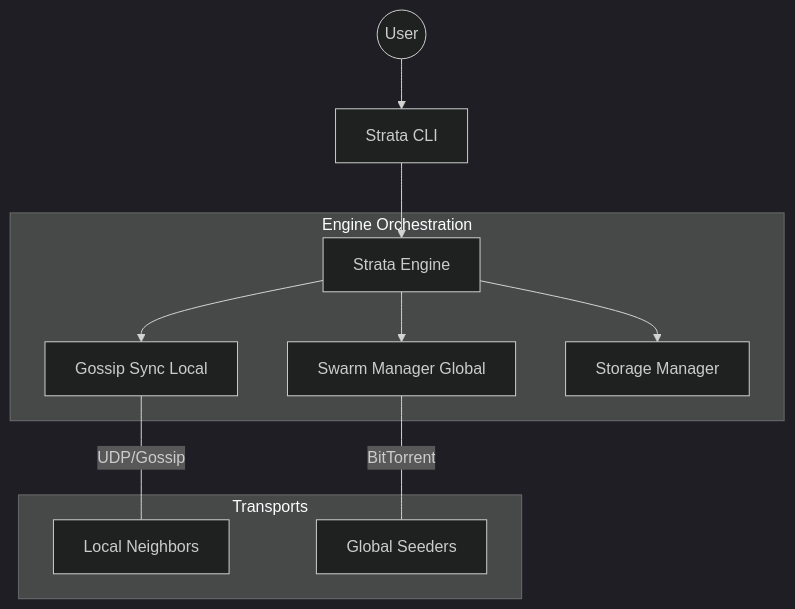
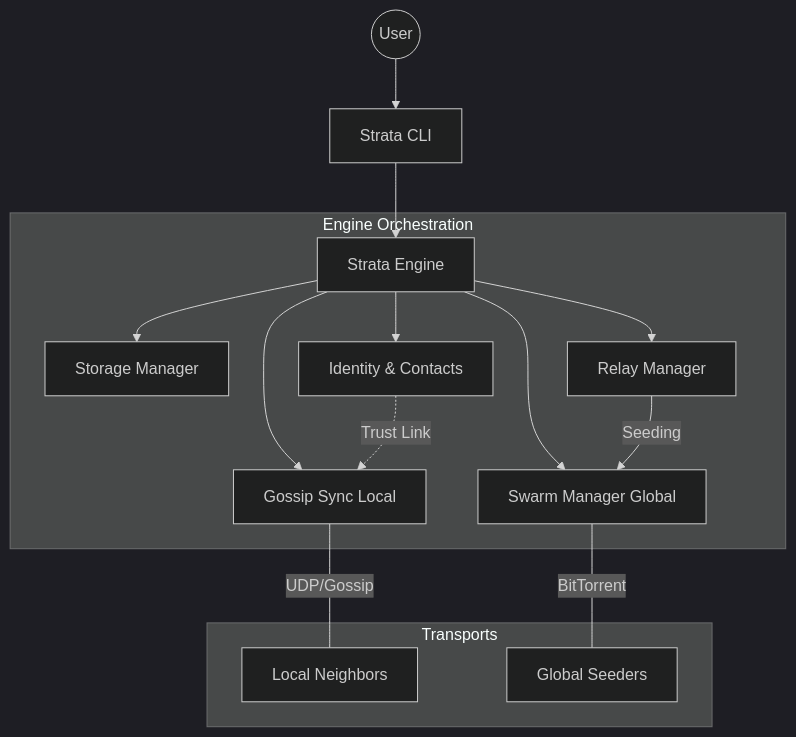
One commit to cacrespo/handshake changed the diagram in README.md. Above: the diagram before and after it, drawn with Mermaid (dark theme).

Commit message:
docs: update architecture diagram with relays and identity

````diff
--- a/README.md
+++ b/README.md
@@ -30,16 +30,21 @@
 ```mermaid
 graph TD
     User((User)) --> CLI[Strata CLI]
     CLI --> Engine[Strata Engine]
     
     subgraph "Engine Orchestration"
         Engine --> Sync[Gossip Sync Local]
         Engine --> Swarm[Swarm Manager Global]
         Engine --> Storage[Storage Manager]
+        Engine --> Identity[Identity & Contacts]
+        Engine --> Relay[Relay Manager]
     end
     
     subgraph "Transports"
         Sync ---|UDP/Gossip| LocalPeers[Local Neighbors]
         Swarm ---|BitTorrent| GlobalPeers[Global Seeders]
     end
+    
+    Identity -.->|Trust Link| Sync
+    Relay -->|Seeding| Swarm
 ```
````
